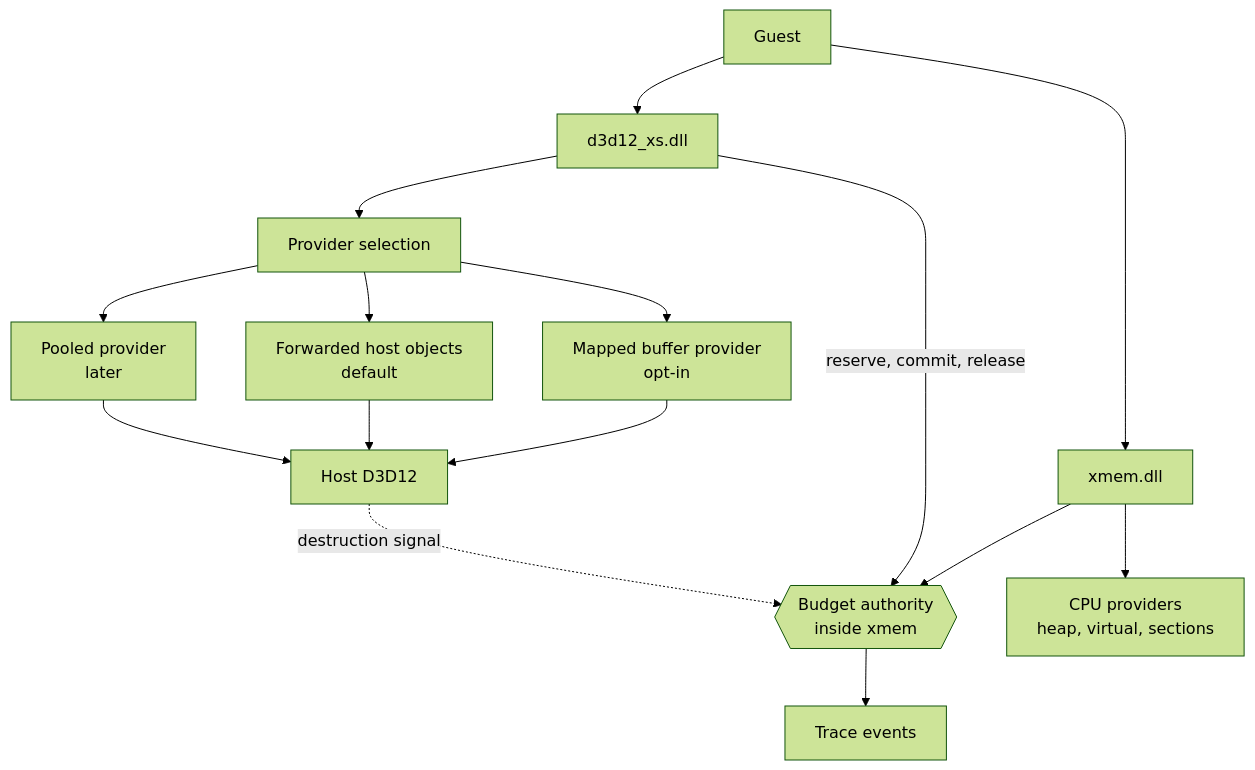
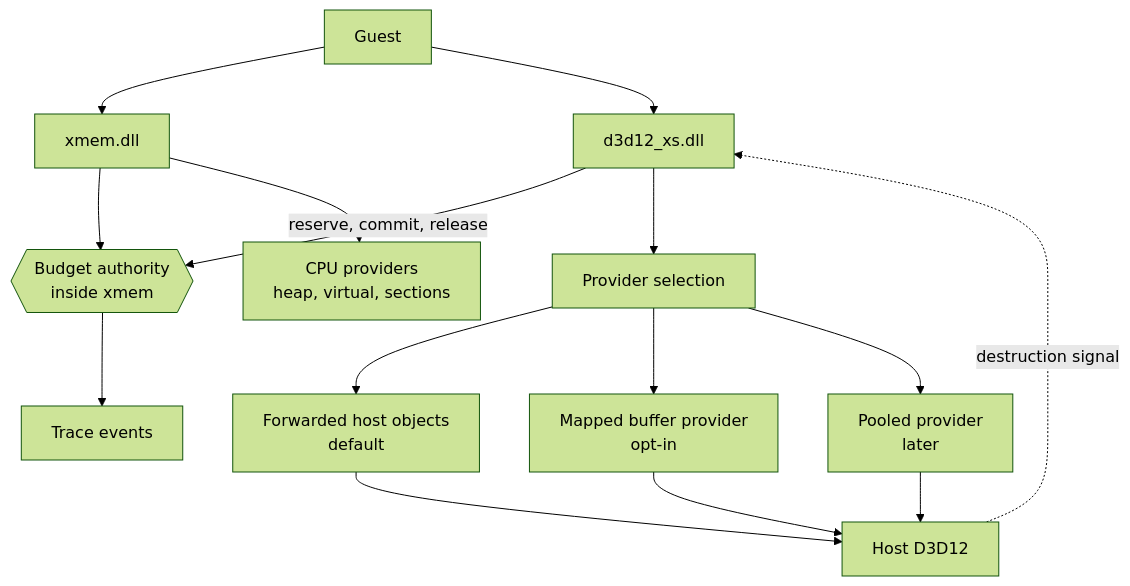
The first of 3 diagrams in docs/architecture/proposals/001-unified-memory/proposed-memory-architecture.md (MacosPorters/betterxen), drawn with Mermaid (forest theme) before and after one commit. The commit also changed other lines of this file and 15 other files, not shown here.

First line of the commit message:
docs: correct and tighten the memory architecture draft (#473)

````diff
--- a/docs/architecture/proposals/001-unified-memory/proposed-memory-architecture.md
+++ b/docs/architecture/proposals/001-unified-memory/proposed-memory-architecture.md
@@ -9,17 +11,17 @@
 ```mermaid
 flowchart TB
   G[Guest] --> X[xmem.dll]
   G --> D[d3d12_xs.dll]
   X --> A{{Budget authority<br/>inside xmem}}
   D -->|reserve, commit, release| A
   X --> C[CPU providers<br/>heap, virtual, sections]
   D --> E[Provider selection]
   E --> F[Forwarded host objects<br/>default]
   E --> M[Mapped buffer provider<br/>opt-in]
   E --> P[Pooled provider<br/>later]
   M --> H[Host D3D12]
   F --> H
   P --> H
-  H -.destruction signal.-> A
+  H -.destruction signal.-> D
   A --> T[Trace events]
 ```
````
